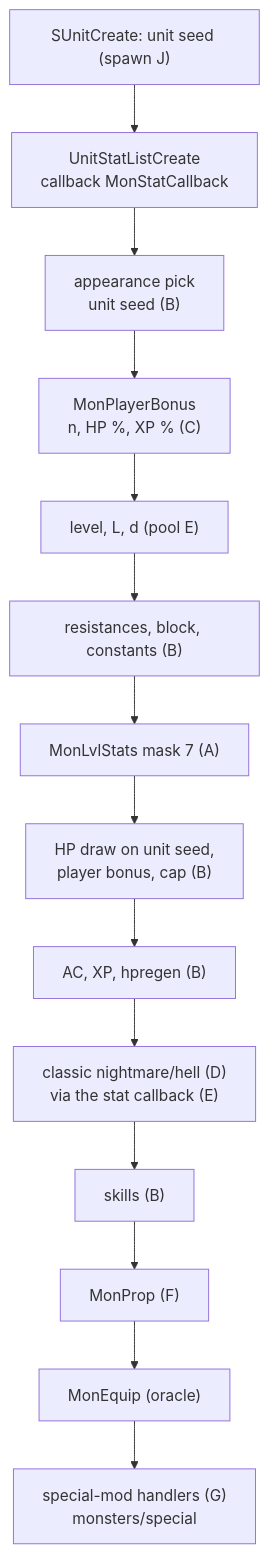
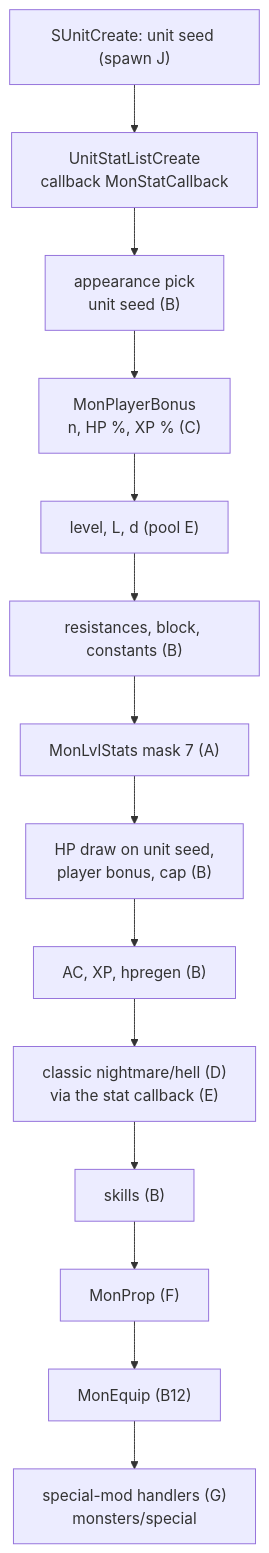
The first of 4 diagrams in docs/specs/monsters/stats.md (IgorKonovalov/diablo-2-recompilation), drawn with Mermaid before and after one commit. The commit also changed other lines of this file and 14 other files, not shown here.

````diff
--- a/docs/specs/monsters/stats.md
+++ b/docs/specs/monsters/stats.md
@@ -25,16 +25,16 @@
 ```mermaid
 flowchart TD
   cr["SUnitCreate: unit seed (spawn J)"] --> lst["UnitStatListCreate<br/>callback MonStatCallback"]
   lst --> app["appearance pick<br/>unit seed (B)"]
   app --> pb["MonPlayerBonus<br/>n, HP %, XP % (C)"]
   pb --> lvl["level, L, d (pool E)"]
   lvl --> base["resistances, block, constants (B)"]
   base --> mls["MonLvlStats mask 7 (A)"]
   mls --> hp["HP draw on unit seed,<br/>player bonus, cap (B)"]
   hp --> acxp["AC, XP, hpregen (B)"]
   acxp --> cls["classic nightmare/hell (D)<br/>via the stat callback (E)"]
   cls --> sk["skills (B)"]
   sk --> mp["MonProp (F)"]
-  mp --> me["MonEquip (oracle)"]
+  mp --> me["MonEquip (B12)"]
   me --> sp["special-mod handlers (G)<br/>monsters/special"]
 ```
````
